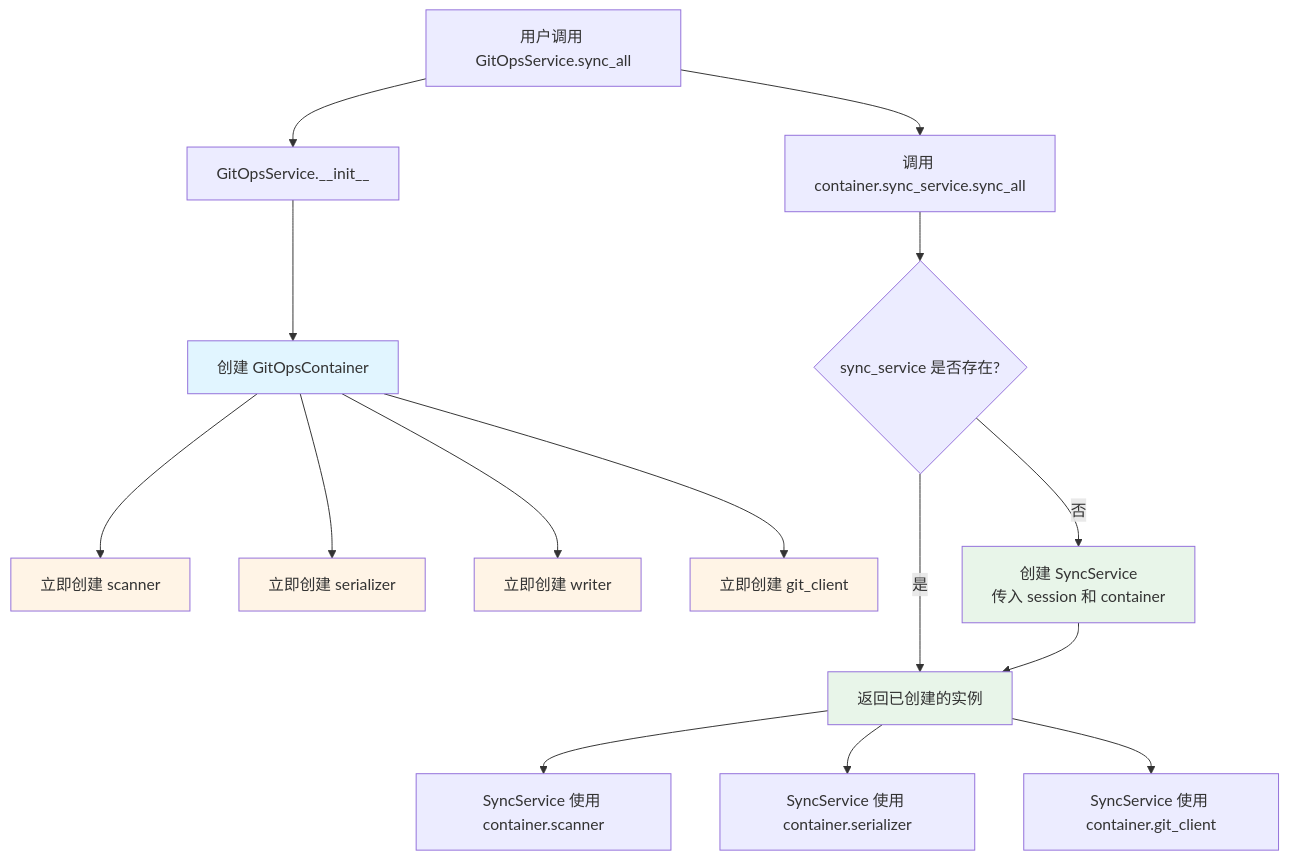
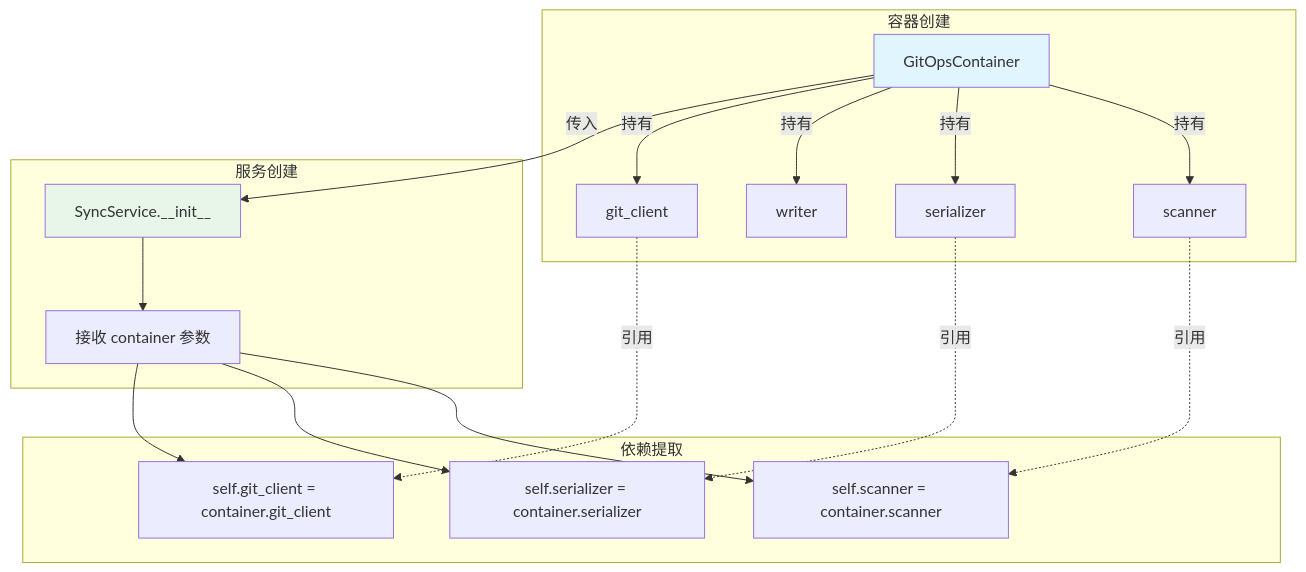
One commit to sumanin5/blog_fr changed the fifth of 7 diagrams in backend/app/git_ops/DEPENDENCY_INJECTION_EXPLAINED.md. Above: the diagram before and after it, drawn with Mermaid. The commit also changed other lines of this file and 56 other files, not shown here.

First line of the commit message:
docs(git_ops): 更新 GitOps 模块文档和架构说明，新增 ExportService

````diff
--- a/backend/app/git_ops/DEPENDENCY_INJECTION_EXPLAINED.md
+++ b/backend/app/git_ops/DEPENDENCY_INJECTION_EXPLAINED.md
@@ -91,28 +229,30 @@
 ```mermaid
-graph TB
-    A[用户调用 GitOpsService.sync_all] --> B[GitOpsService.__init__]
-    B --> C[创建 GitOpsContainer]
+flowchart TB
+    subgraph "容器创建"
+        A[GitOpsContainer] -->|持有| B[scanner]
+        A -->|持有| C[serializer]
+        A -->|持有| D[writer]
+        A -->|持有| E[git_client]
+    end
 
-    C --> D1[立即创建 scanner]
-    C --> D2[立即创建 serializer]
-    C --> D3[立即创建 writer]
-    C --> D4[立即创建 git_client]
+    subgraph "服务创建"
+        F[SyncService.__init__]
+        G[接收 container 参数]
+    end
 
-    A --> E[调用 container.sync_service.sync_all]
-    E --> F{sync_service 是否存在?}
-    F -->|否| G[创建 SyncService<br>传入 session 和 container]
-    F -->|是| H[返回已创建的实例]
-    G --> H
+    subgraph "依赖提取"
+        H[self.scanner = container.scanner]
+        I[self.serializer = container.serializer]
+        J[self.git_client = container.git_client]
+    end
 
-    H --> I[SyncService 使用 container.scanner]
-    H --> J[SyncService 使用 container.serializer]
-    H --> K[SyncService 使用 container.git_client]
+    A -->|传入| F
+    F --> G
+    G --> H & I & J
+    B -.->|引用| H
+    C -.->|引用| I
+    E -.->|引用| J
 
-    style C fill:#e1f5ff
-    style D1 fill:#fff4e6
-    style D2 fill:#fff4e6
-    style D3 fill:#fff4e6
-    style D4 fill:#fff4e6
-    style G fill:#e8f5e9
-    style H fill:#e8f5e9
+    style A fill:#e1f5ff
+    style F fill:#e8f5e9
 ```
````
